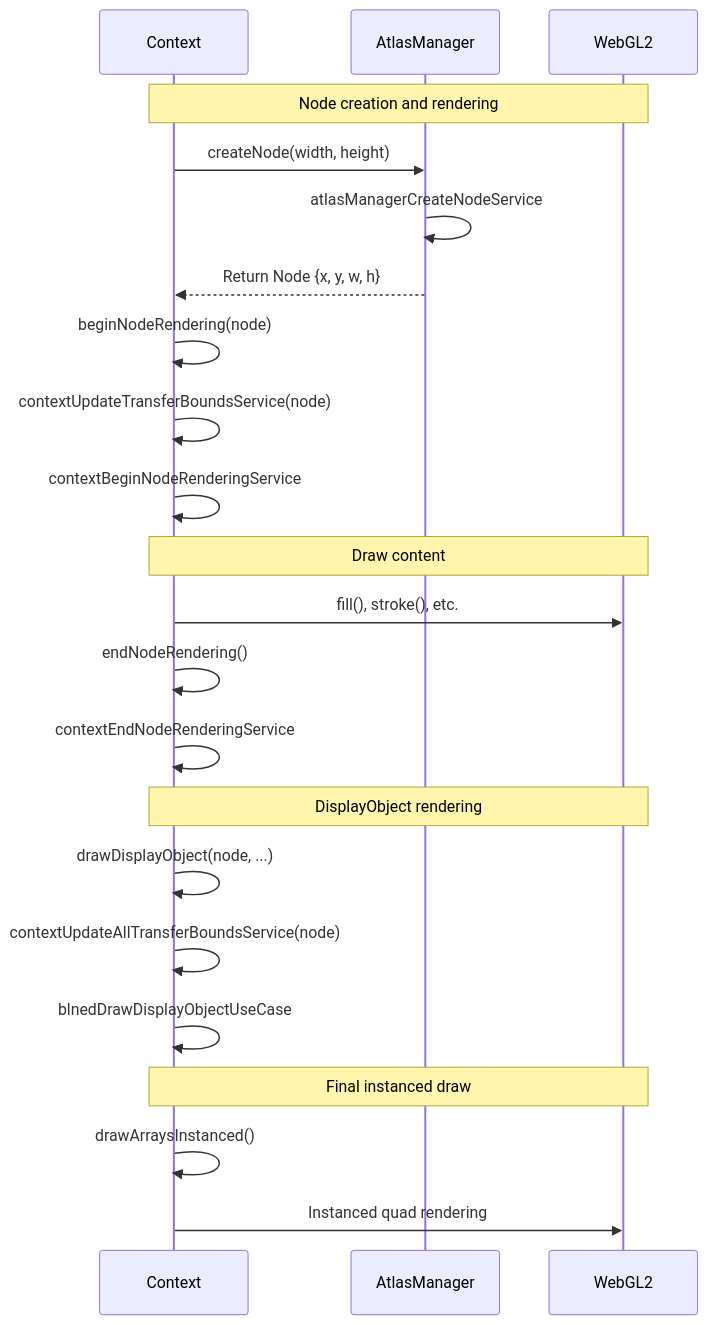
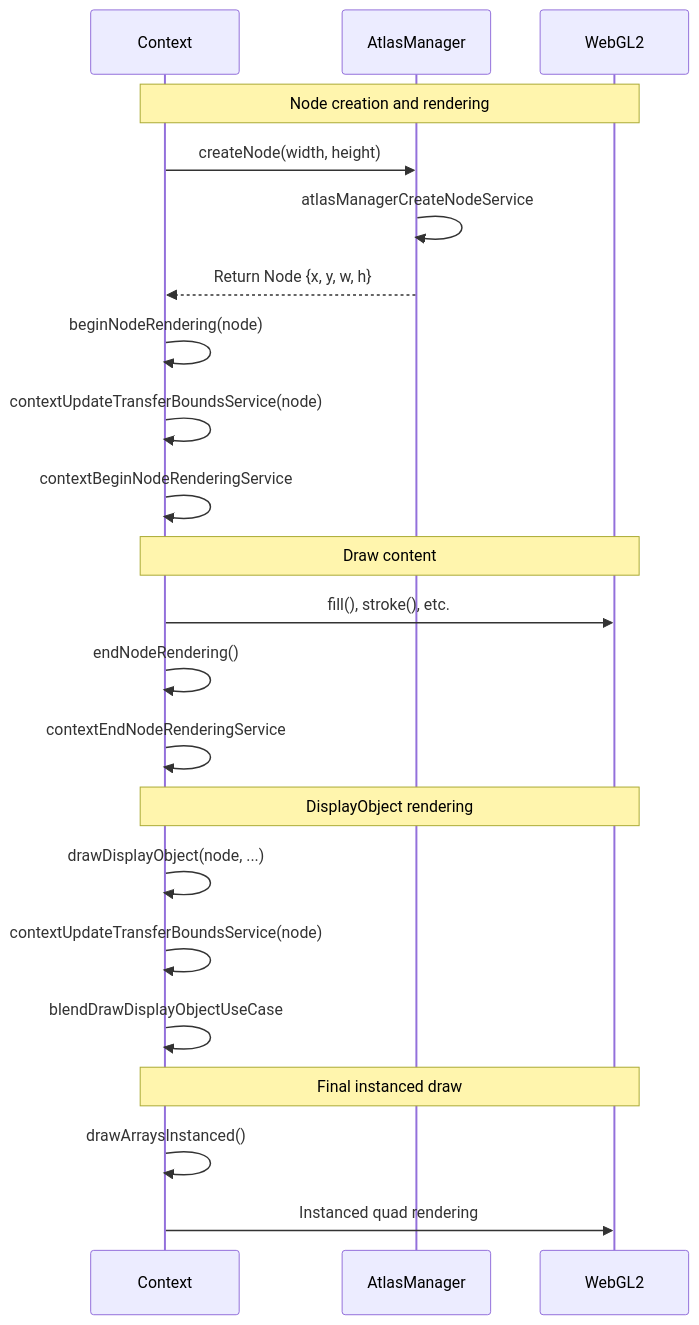
The sixth of 9 diagrams in packages/webgl/docs/09-resources.md (Next2D/player), drawn with Mermaid before and after one commit. The commit also changed other lines of this file and 15 other files, not shown here.

````diff
--- a/packages/webgl/docs/09-resources.md
+++ b/packages/webgl/docs/09-resources.md
@@ -283,31 +281,31 @@
 ```mermaid
 sequenceDiagram
     participant CTX as Context
     participant Atlas as AtlasManager
     participant GL as WebGL2
 
     Note over CTX,GL: Node creation and rendering
 
     CTX->>Atlas: createNode(width, height)
     Atlas->>Atlas: atlasManagerCreateNodeService
     Atlas-->>CTX: Return Node {x, y, w, h}
 
     CTX->>CTX: beginNodeRendering(node)
     CTX->>CTX: contextUpdateTransferBoundsService(node)
     CTX->>CTX: contextBeginNodeRenderingService
 
     Note over CTX,GL: Draw content
     CTX->>GL: fill(), stroke(), etc.
 
     CTX->>CTX: endNodeRendering()
     CTX->>CTX: contextEndNodeRenderingService
 
     Note over CTX,GL: DisplayObject rendering
     CTX->>CTX: drawDisplayObject(node, ...)
-    CTX->>CTX: contextUpdateAllTransferBoundsService(node)
-    CTX->>CTX: blnedDrawDisplayObjectUseCase
+    CTX->>CTX: contextUpdateTransferBoundsService(node)
+    CTX->>CTX: blendDrawDisplayObjectUseCase
 
     Note over CTX,GL: Final instanced draw
     CTX->>CTX: drawArraysInstanced()
     CTX->>GL: Instanced quad rendering
 ```
````
